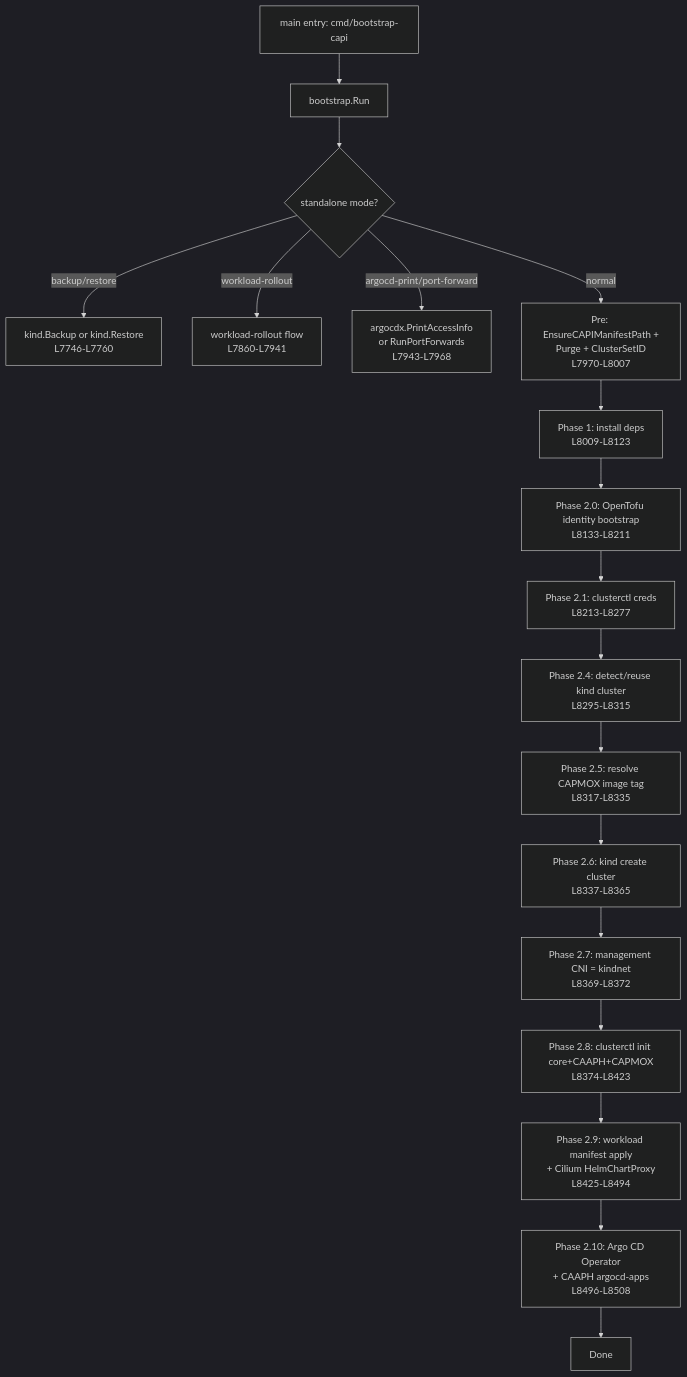
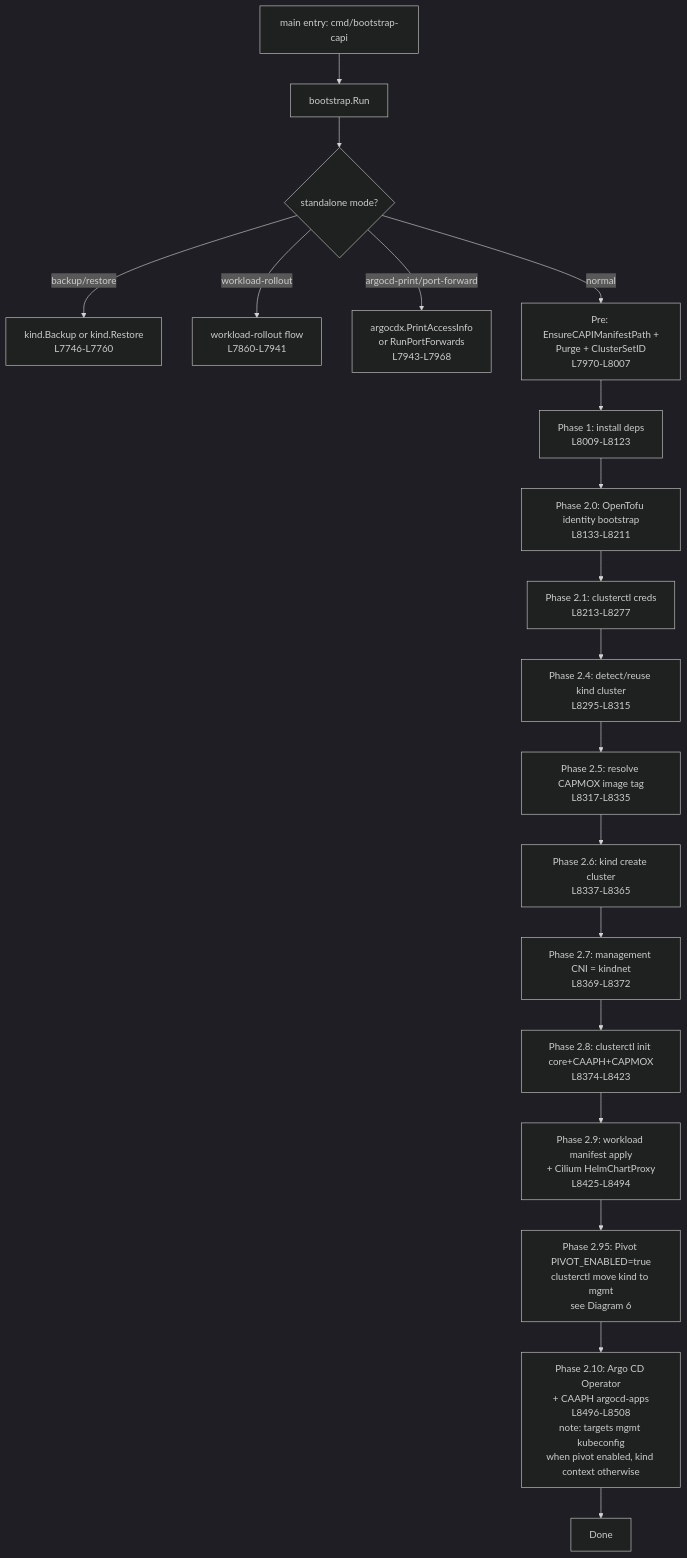
One commit to lpasquali/yage changed the first of 6 diagrams in docs/ARCHITECTURE.md. Above: the diagram before and after it, drawn with Mermaid (dark theme). The commit also changed other lines of this file and 1 other file, not shown here.

First line of the commit message:
feat(bash,docs): mirror pivot in bash + Diagram 6 architecture

````diff
--- a/docs/ARCHITECTURE.md
+++ b/docs/ARCHITECTURE.md
@@ -71,20 +71,21 @@
 ```mermaid
 flowchart TD
     A[main entry: cmd/bootstrap-capi] --> B[bootstrap.Run]
     B --> SM{standalone mode?}
     SM -- backup/restore --> KSO[kind.Backup or kind.Restore<br/>L7746-L7760]
     SM -- workload-rollout --> WR[workload-rollout flow<br/>L7860-L7941]
     SM -- argocd-print/port-forward --> AC[argocdx.PrintAccessInfo<br/>or RunPortForwards<br/>L7943-L7968]
     SM -- normal --> P0[Pre: EnsureCAPIManifestPath +<br/>Purge + ClusterSetID<br/>L7970-L8007]
     P0 --> P1[Phase 1: install deps<br/>L8009-L8123]
     P1 --> P20[Phase 2.0: OpenTofu identity bootstrap<br/>L8133-L8211]
     P20 --> P21[Phase 2.1: clusterctl creds<br/>L8213-L8277]
     P21 --> P24[Phase 2.4: detect/reuse kind cluster<br/>L8295-L8315]
     P24 --> P25[Phase 2.5: resolve CAPMOX image tag<br/>L8317-L8335]
     P25 --> P26[Phase 2.6: kind create cluster<br/>L8337-L8365]
     P26 --> P27[Phase 2.7: management CNI = kindnet<br/>L8369-L8372]
     P27 --> P28[Phase 2.8: clusterctl init core+CAAPH+CAPMOX<br/>L8374-L8423]
     P28 --> P29[Phase 2.9: workload manifest apply<br/>+ Cilium HelmChartProxy<br/>L8425-L8494]
-    P29 --> P210[Phase 2.10: Argo CD Operator<br/>+ CAAPH argocd-apps<br/>L8496-L8508]
+    P29 --> P295[Phase 2.95: Pivot PIVOT_ENABLED=true<br/>clusterctl move kind to mgmt<br/>see Diagram 6]
+    P295 --> P210[Phase 2.10: Argo CD Operator<br/>+ CAAPH argocd-apps<br/>L8496-L8508<br/>note: targets mgmt kubeconfig<br/>when pivot enabled, kind context otherwise]
     P210 --> Z[Done]
 ```
````
